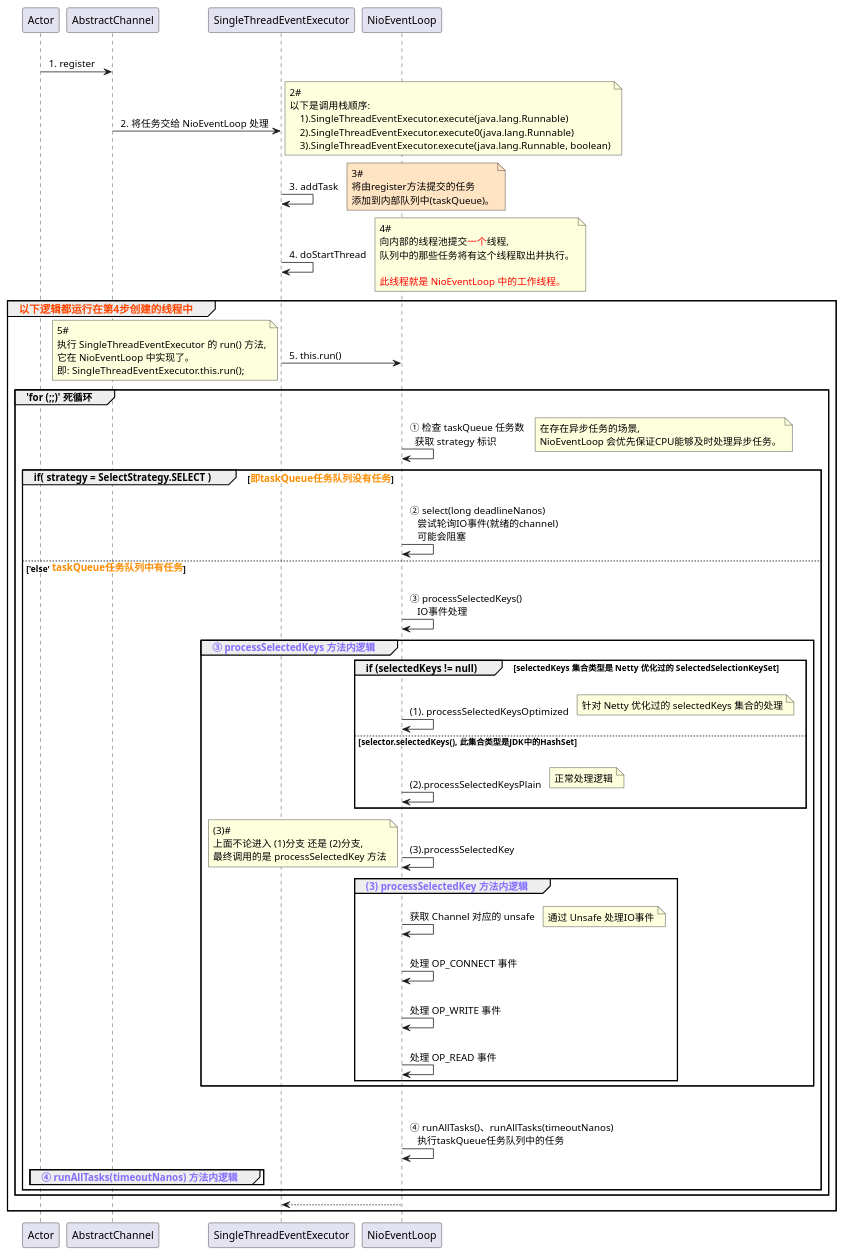
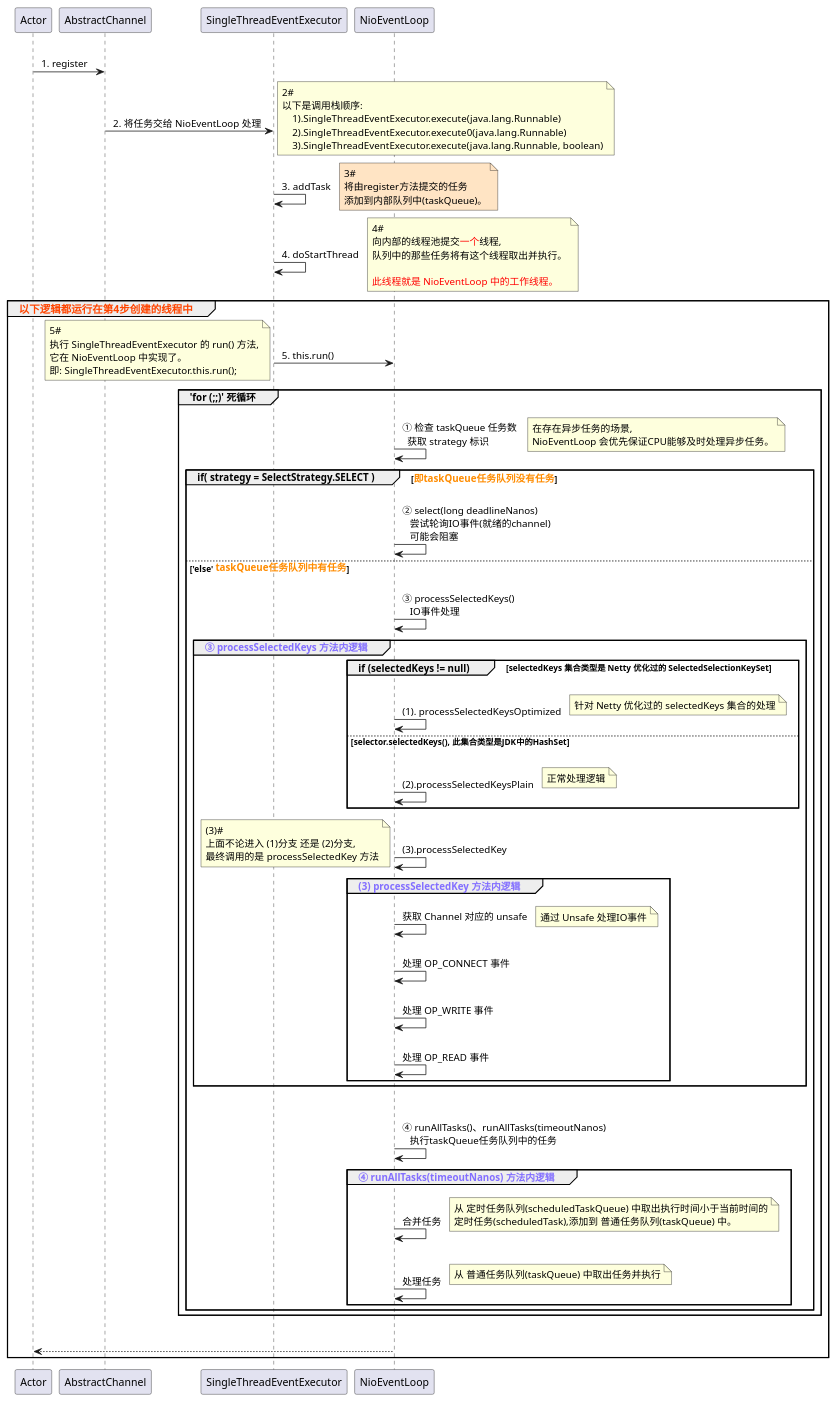
The diagram in puml/NioEventLoop#run.puml (Simba-cheng/netty), drawn with PlantUML before and after one commit.

Commit message:
refactor(code): 源码添加注释、流程图、类图

```diff
--- a/puml/NioEventLoop#run.puml
+++ b/puml/NioEventLoop#run.puml
@@ -2,95 +2,104 @@
 @startuml participant
 
 Actor -> AbstractChannel: \n 1. register
 
 AbstractChannel -> SingleThreadEventExecutor: \n 2. 将任务交给 NioEventLoop 处理
 note right
 2#
 以下是调用栈顺序:
     1).SingleThreadEventExecutor.execute(java.lang.Runnable)
     2).SingleThreadEventExecutor.execute0(java.lang.Runnable)
     3).SingleThreadEventExecutor.execute(java.lang.Runnable, boolean)
 end note
 
 SingleThreadEventExecutor -> SingleThreadEventExecutor: \n 3. addTask
 note right #FFE4C4
 3#
 将由register方法提交的任务
 添加到内部队列中(taskQueue)。
 end note
 
 SingleThreadEventExecutor -> SingleThreadEventExecutor: \n 4. doStartThread
 note right
 4#
 向内部的线程池提交<color:#FF0000>一个</color>线程,
 队列中的那些任务将有这个线程取出并执行。
 
 <color:#FF0000>此线程就是 NioEventLoop 中的工作线程。</color>
 end note
 
 group <size:14><color:#FF4500>以下逻辑都运行在第4步创建的线程中</color></size>
 
 SingleThreadEventExecutor -> NioEventLoop: \n 5. this.run()
 note left
 5#
 执行 SingleThreadEventExecutor 的 run() 方法,
 它在 NioEventLoop 中实现了。
 即: SingleThreadEventExecutor.this.run();
 end note
 
 ' ----- 分割线 -----
 group 'for (;;)' 死循环
     NioEventLoop -> NioEventLoop: \n ① 检查 taskQueue 任务数 \n   获取 strategy 标识
     note right
     在存在异步任务的场景,
     NioEventLoop 会优先保证CPU能够及时处理异步任务。
     end note
 
     group if( strategy = SelectStrategy.SELECT ) [<size:13><color:#FF8C00>即taskQueue任务队列没有任务</color></size>]
         NioEventLoop -> NioEventLoop: \n ② select(long deadlineNanos) \n    尝试轮询IO事件(就绪的channel) \n    可能会阻塞
     else 'else' <size:13><color:#FF8C00>taskQueue任务队列中有任务</color></size>
 
         NioEventLoop -> NioEventLoop: \n ③ processSelectedKeys() \n    IO事件处理
         group <color:#836FFF>③ processSelectedKeys 方法内逻辑</color>
 
             group if (selectedKeys != null) [selectedKeys 集合类型是 Netty 优化过的 SelectedSelectionKeySet]
                 NioEventLoop -> NioEventLoop: \n\n (1). processSelectedKeysOptimized
                 note right
                 针对 Netty 优化过的 selectedKeys 集合的处理
                 end note
             else selector.selectedKeys(), 此集合类型是JDK中的HashSet
                 NioEventLoop -> NioEventLoop: \n\n (2).processSelectedKeysPlain
                 note right
                 正常处理逻辑
                 end note
             end
 
             NioEventLoop -> NioEventLoop: \n\n (3).processSelectedKey
             note left
             (3)#
             上面不论进入 (1)分支 还是 (2)分支,
             最终调用的是 processSelectedKey 方法
             end note
             group <color:#836FFF>(3) processSelectedKey 方法内逻辑</color>
                 NioEventLoop -> NioEventLoop: \n 获取 Channel 对应的 unsafe
                 note right
                 通过 Unsafe 处理IO事件
                 end note
                 NioEventLoop -> NioEventLoop: \n 处理 OP_CONNECT 事件
                 NioEventLoop -> NioEventLoop: \n 处理 OP_WRITE 事件
                 NioEventLoop -> NioEventLoop: \n 处理 OP_READ 事件
             end
 
         end
 
         NioEventLoop -> NioEventLoop: \n\n ④ runAllTasks()、runAllTasks(timeoutNanos) \n    执行taskQueue任务队列中的任务
         group <color:#836FFF>④ runAllTasks(timeoutNanos) 方法内逻辑</color>
+            NioEventLoop -> NioEventLoop: \n\n 合并任务
+                note right
+                从 定时任务队列(scheduledTaskQueue) 中取出执行时间小于当前时间的
+                定时任务(scheduledTask),添加到 普通任务队列(taskQueue) 中。
+                end note
+            NioEventLoop -> NioEventLoop: \n\n 处理任务
+                note right
+                从 普通任务队列(taskQueue) 中取出任务并执行
+                end note
         end
     end
 end
 ' ----- 分割线 -----
 
 
-SingleThreadEventExecutor <-- NioEventLoop
+Actor <-- NioEventLoop: \n
 end
 @enduml
```
